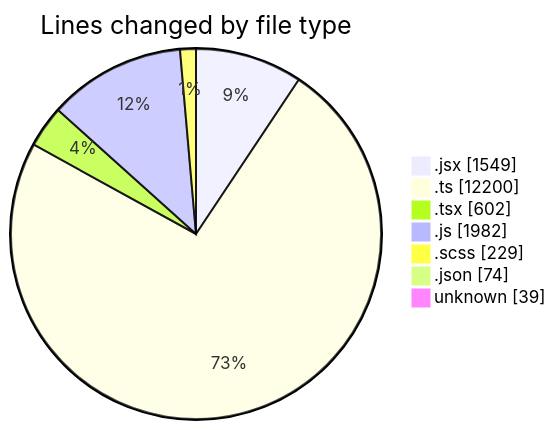
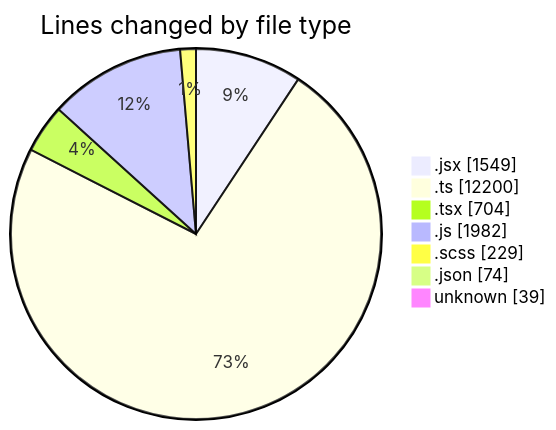
One commit to momahboobian/code-tracking changed the first of 2 diagrams in 2025-06-05/cda/README.md. Above: the diagram before and after it, drawn with Mermaid. The commit also changed other lines of this file and 1 other file, not shown here.

````diff
--- a/2025-06-05/cda/README.md
+++ b/2025-06-05/cda/README.md
@@ -41,11 +42,11 @@
 ```mermaid
 pie showData
 title Lines changed by file type
 ".jsx" : 1549
 ".ts" : 12200
-".tsx" : 602
+".tsx" : 704
 ".js" : 1982
 ".scss" : 229
 ".json" : 74
 "unknown" : 39
 ```
````
